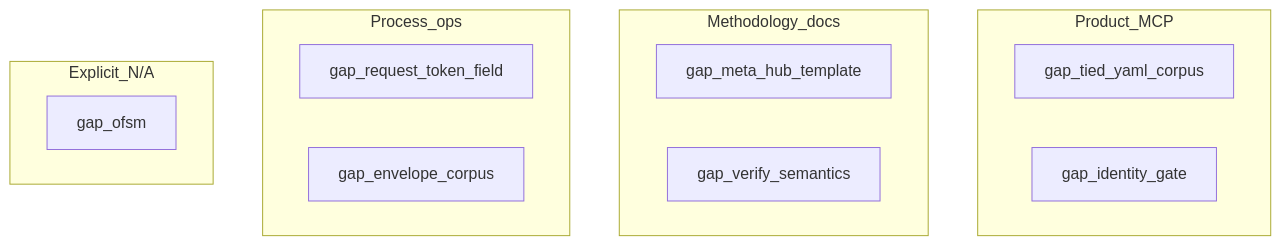
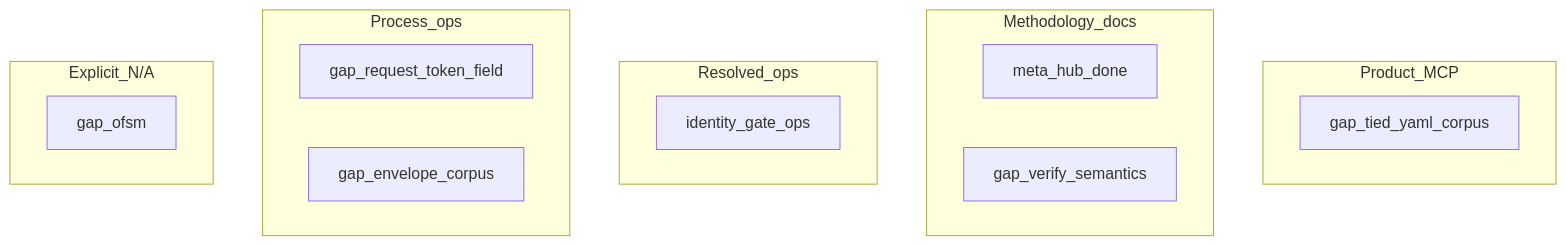
One commit to fareedst/tied changed the diagram in tied-project/working/DOC-STDD-TIED-PROJECT-BROWNFIELD/evidence/gap-planning-handoff.md. Above: the diagram before and after it, drawn with Mermaid. The commit also changed other lines of this file and 6 other files, not shown here.

````diff
--- a/tied-project/working/DOC-STDD-TIED-PROJECT-BROWNFIELD/evidence/gap-planning-handoff.md
+++ b/tied-project/working/DOC-STDD-TIED-PROJECT-BROWNFIELD/evidence/gap-planning-handoff.md
@@ -20,18 +21,20 @@
 ```mermaid
 flowchart TB
   subgraph product [Product_MCP]
     G3[gap_tied_yaml_corpus]
-    G6[gap_identity_gate]
   end
   subgraph methodology [Methodology_docs]
-    G4[gap_meta_hub_template]
+    G4_done[meta_hub_done]
     G7[gap_verify_semantics]
+  end
+  subgraph resolved [Resolved_ops]
+    G6_done[identity_gate_ops]
   end
   subgraph process [Process_ops]
     G1[gap_request_token_field]
     G5[gap_envelope_corpus]
   end
   subgraph deferred [Explicit_N/A]
     G2[gap_ofsm]
   end
 ```
````
